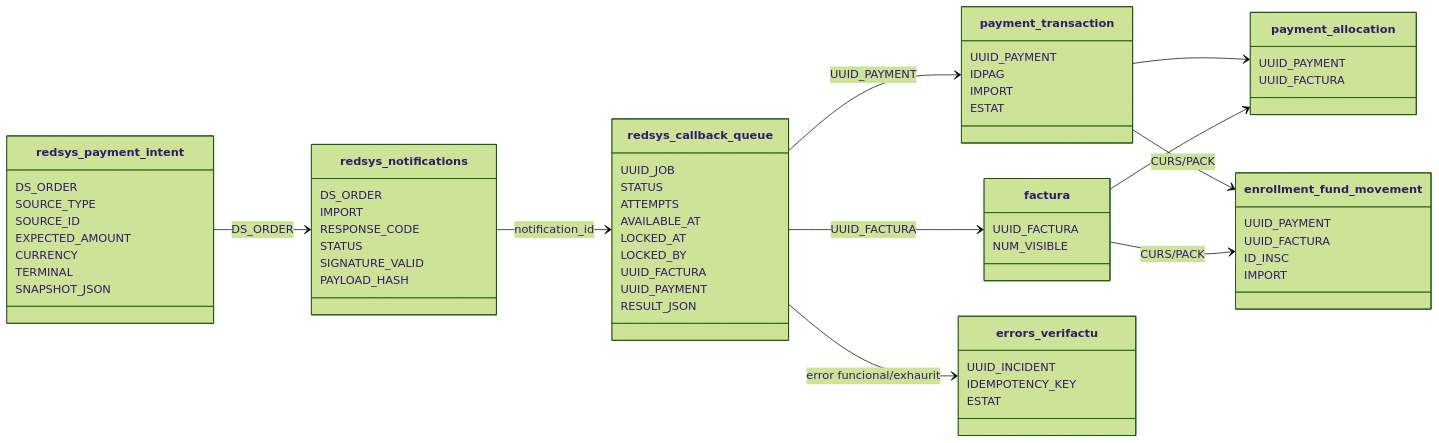
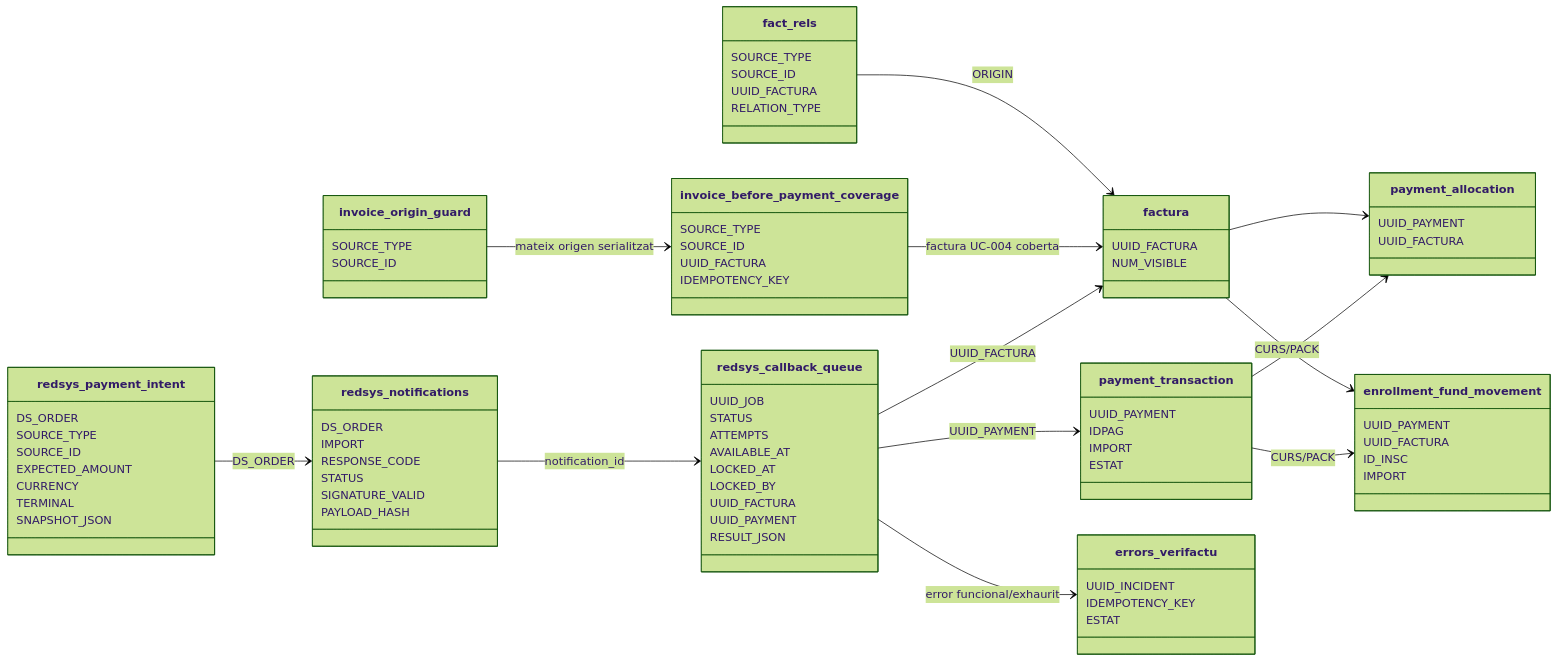
Before and after one commit to orgmeriemprismacat-del/verifactu: the third of 3 diagrams in documentacio/07-uml-integrat/uc-003-classes-actual-final.md, drawn with Mermaid (forest theme). The commit also changed other lines of this file, not shown here.

Commit message:
docs(UC-003): add origin mutex to class and data diagrams

```diff
--- a/documentacio/07-uml-integrat/uc-003-classes-actual-final.md
+++ b/documentacio/07-uml-integrat/uc-003-classes-actual-final.md
@@ -239,6 +246,22 @@
   UUID_PAYMENT
   UUID_FACTURA
 }
+class invoice_origin_guard {
+  SOURCE_TYPE
+  SOURCE_ID
+}
+class invoice_before_payment_coverage {
+  SOURCE_TYPE
+  SOURCE_ID
+  UUID_FACTURA
+  IDEMPOTENCY_KEY
+}
+class fact_rels {
+  SOURCE_TYPE
+  SOURCE_ID
+  UUID_FACTURA
+  RELATION_TYPE
+}
 class enrollment_fund_movement {
   UUID_PAYMENT
   UUID_FACTURA
@@ -257,6 +280,9 @@
 redsys_callback_queue --> payment_transaction : UUID_PAYMENT
 payment_transaction --> payment_allocation
 factura --> payment_allocation
+invoice_origin_guard --> invoice_before_payment_coverage : mateix origen serialitzat
+invoice_before_payment_coverage --> factura : factura UC-004 coberta
+fact_rels --> factura : ORIGIN
 payment_transaction --> enrollment_fund_movement : CURS/PACK
 factura --> enrollment_fund_movement : CURS/PACK
 redsys_callback_queue --> errors_verifactu : error funcional/exhaurit
```
